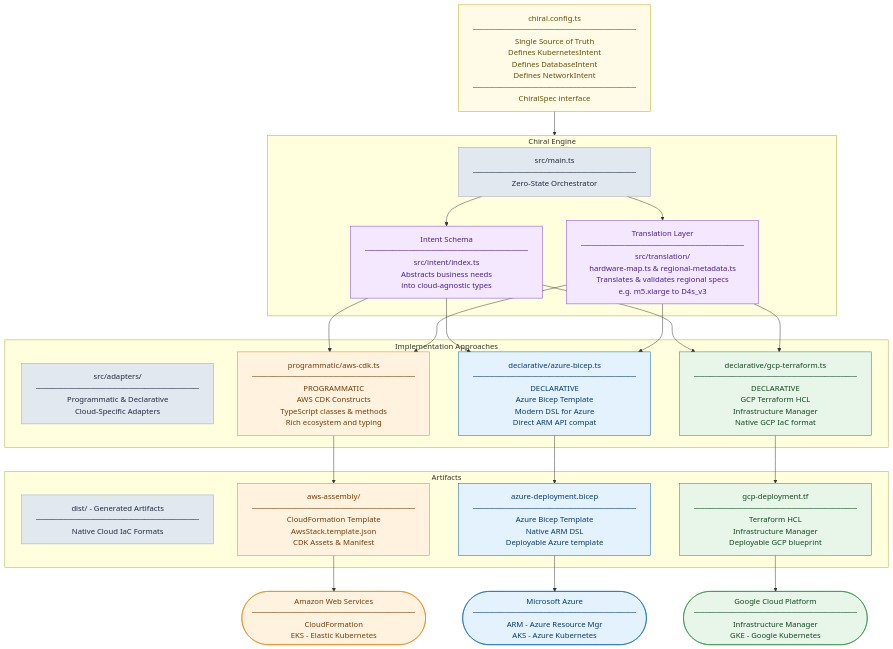
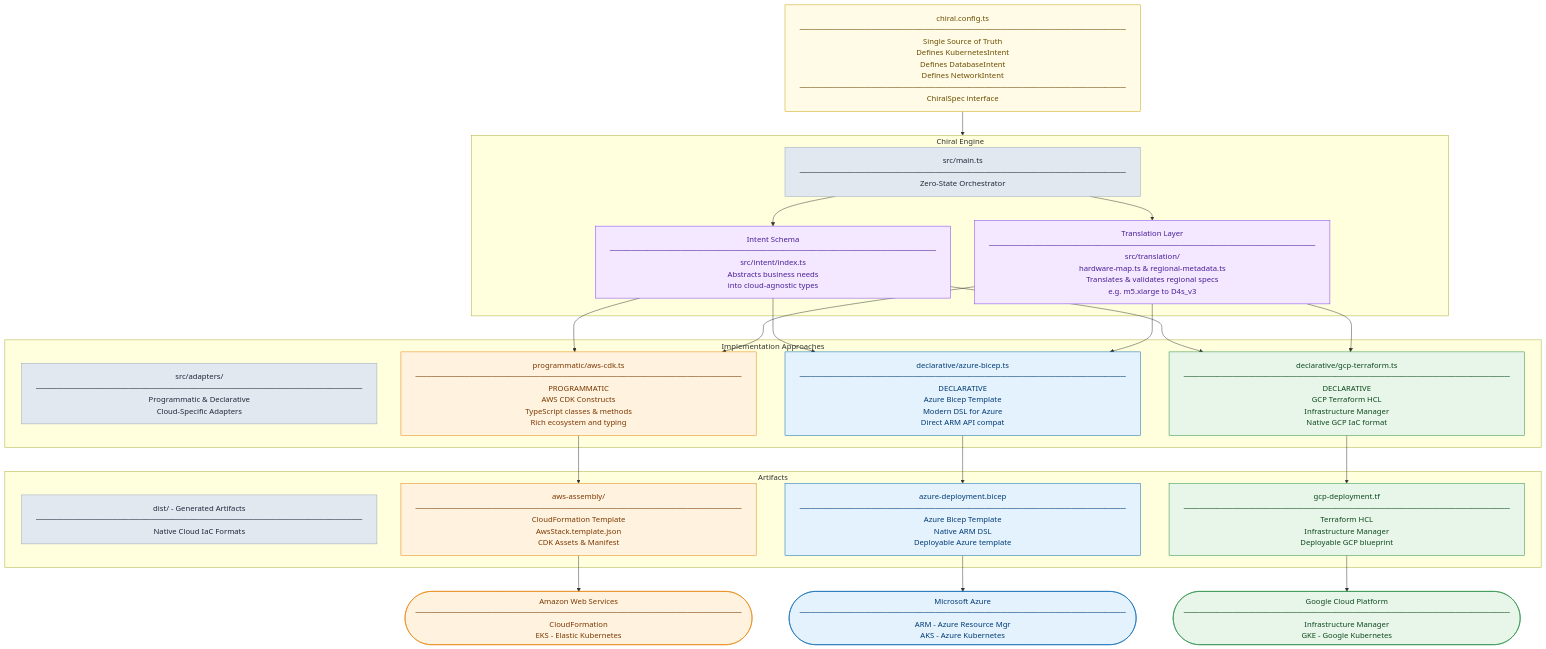
The diagram in README.md (lloydchang/chiral-infrastructure-as-code), drawn with Mermaid before and after one commit.

Commit message:
docs: Update README.md for formatting consistency
change
───────────────
to
──────────────────────────────
to give more width to print out remaining words in mermaid diagrams' sentences

````diff
--- a/README.md
+++ b/README.md
@@ -311,51 +311,51 @@
 ```mermaid
 flowchart TD
     classDef config   fill:#fffbe6,stroke:#c9a000,color:#6b4c00
     classDef engine   fill:#f3e8ff,stroke:#7c3aed,color:#4a1d96
     classDef awsNode  fill:#fff3e0,stroke:#e67e00,color:#7a3800
     classDef azNode   fill:#e3f2fd,stroke:#0063b1,color:#003a75
     classDef gcpNode  fill:#e8f5e9,stroke:#1e8a3e,color:#0d4a1f
     classDef header   fill:#e2e8f0,stroke:#94a3b8,color:#1e293b
 
-    CONFIG[chiral.config.ts<br/>──────────────────────────────<br/>Single Source of Truth<br/>Defines KubernetesIntent<br/>Defines DatabaseIntent<br/>Defines NetworkIntent<br/>──────────────────────────────<br/>ChiralSpec interface]:::config
+    CONFIG[chiral.config.ts<br/>────────────────────────────────────────────────────────────<br/>Single Source of Truth<br/>Defines KubernetesIntent<br/>Defines DatabaseIntent<br/>Defines NetworkIntent<br/>────────────────────────────────────────────────────────────<br/>ChiralSpec interface]:::config
 
     subgraph ENGINE[Chiral Engine]
-        EH[src/main.ts<br/>──────────────────────────────<br/>Zero-State Orchestrator]:::header
-        INTENT[Intent Schema<br/>──────────────────────────────<br/>src/intent/index.ts<br/>Abstracts business needs<br/>into cloud-agnostic types]:::engine
-        ROSETTA[Translation Layer<br/>──────────────────────────────<br/>src/translation/<br/>hardware-map.ts & regional-metadata.ts<br/>Translates & validates regional specs<br/>e.g. m5.xlarge to D4s_v3]:::engine
+        EH[src/main.ts<br/>────────────────────────────────────────────────────────────<br/>Zero-State Orchestrator]:::header
+        INTENT[Intent Schema<br/>────────────────────────────────────────────────────────────<br/>src/intent/index.ts<br/>Abstracts business needs<br/>into cloud-agnostic types]:::engine
+        ROSETTA[Translation Layer<br/>────────────────────────────────────────────────────────────<br/>src/translation/<br/>hardware-map.ts & regional-metadata.ts<br/>Translates & validates regional specs<br/>e.g. m5.xlarge to D4s_v3]:::engine
     end
 
     subgraph ADAPTERS[Implementation Approaches]
-        AH[src/adapters/<br/>──────────────────────────────<br/>Programmatic & Declarative<br/>Cloud-Specific Adapters]:::header
-        AWS_A[programmatic/aws-cdk.ts<br/>──────────────────────────────<br/>PROGRAMMATIC<br/>AWS CDK Constructs<br/>TypeScript classes & methods<br/>Rich ecosystem and typing]:::awsNode
-        AZURE_A[declarative/azure-bicep.ts<br/>──────────────────────────────<br/>DECLARATIVE<br/>Azure Bicep Template<br/>Modern DSL for Azure<br/>Direct ARM API compat]:::azNode
-        GCP_A[declarative/gcp-terraform.ts<br/>──────────────────────────────<br/>DECLARATIVE<br/>GCP Terraform HCL<br/>Infrastructure Manager<br/>Native GCP IaC format]:::gcpNode
+        AH[src/adapters/<br/>────────────────────────────────────────────────────────────<br/>Programmatic & Declarative<br/>Cloud-Specific Adapters]:::header
+        AWS_A[programmatic/aws-cdk.ts<br/>────────────────────────────────────────────────────────────<br/>PROGRAMMATIC<br/>AWS CDK Constructs<br/>TypeScript classes & methods<br/>Rich ecosystem and typing]:::awsNode
+        AZURE_A[declarative/azure-bicep.ts<br/>────────────────────────────────────────────────────────────<br/>DECLARATIVE<br/>Azure Bicep Template<br/>Modern DSL for Azure<br/>Direct ARM API compat]:::azNode
+        GCP_A[declarative/gcp-terraform.ts<br/>────────────────────────────────────────────────────────────<br/>DECLARATIVE<br/>GCP Terraform HCL<br/>Infrastructure Manager<br/>Native GCP IaC format]:::gcpNode
     end
 
     subgraph DIST[Artifacts]
-        DH[dist/ - Generated Artifacts<br/>──────────────────────────────<br/>Native Cloud IaC Formats]:::header
-        AWS_D[aws-assembly/<br/>──────────────────────────────<br/>CloudFormation Template<br/>AwsStack.template.json<br/>CDK Assets & Manifest]:::awsNode
-        AZURE_D[azure-deployment.bicep<br/>──────────────────────────────<br/>Azure Bicep Template<br/>Native ARM DSL<br/>Deployable Azure template]:::azNode
-        GCP_D[gcp-deployment.tf<br/>──────────────────────────────<br/>Terraform HCL<br/>Infrastructure Manager<br/>Deployable GCP blueprint]:::gcpNode
+        DH[dist/ - Generated Artifacts<br/>────────────────────────────────────────────────────────────<br/>Native Cloud IaC Formats]:::header
+        AWS_D[aws-assembly/<br/>────────────────────────────────────────────────────────────<br/>CloudFormation Template<br/>AwsStack.template.json<br/>CDK Assets & Manifest]:::awsNode
+        AZURE_D[azure-deployment.bicep<br/>────────────────────────────────────────────────────────────<br/>Azure Bicep Template<br/>Native ARM DSL<br/>Deployable Azure template]:::azNode
+        GCP_D[gcp-deployment.tf<br/>────────────────────────────────────────────────────────────<br/>Terraform HCL<br/>Infrastructure Manager<br/>Deployable GCP blueprint]:::gcpNode
     end
 
-    AWS_C([Amazon Web Services<br/>──────────────────────────────<br/>CloudFormation<br/>EKS - Elastic Kubernetes]):::awsNode
-    AZURE_C([Microsoft Azure<br/>──────────────────────────────<br/>ARM - Azure Resource Mgr<br/>AKS - Azure Kubernetes]):::azNode
-    GCP_C([Google Cloud Platform<br/>──────────────────────────────<br/>Infrastructure Manager<br/>GKE - Google Kubernetes]):::gcpNode
+    AWS_C([Amazon Web Services<br/>────────────────────────────────────────────────────────────<br/>CloudFormation<br/>EKS - Elastic Kubernetes]):::awsNode
+    AZURE_C([Microsoft Azure<br/>────────────────────────────────────────────────────────────<br/>ARM - Azure Resource Mgr<br/>AKS - Azure Kubernetes]):::azNode
+    GCP_C([Google Cloud Platform<br/>────────────────────────────────────────────────────────────<br/>Infrastructure Manager<br/>GKE - Google Kubernetes]):::gcpNode
 
     CONFIG --> ENGINE
     EH --> INTENT
     EH --> ROSETTA
     INTENT --> AWS_A
     INTENT --> AZURE_A
     INTENT --> GCP_A
     ROSETTA --> AWS_A
     ROSETTA --> AZURE_A
     ROSETTA --> GCP_A
     AWS_A --> AWS_D
     AZURE_A --> AZURE_D
     GCP_A --> GCP_D
     AWS_D --> AWS_C
     AZURE_D --> AZURE_C
     GCP_D --> GCP_C
 ```
````
